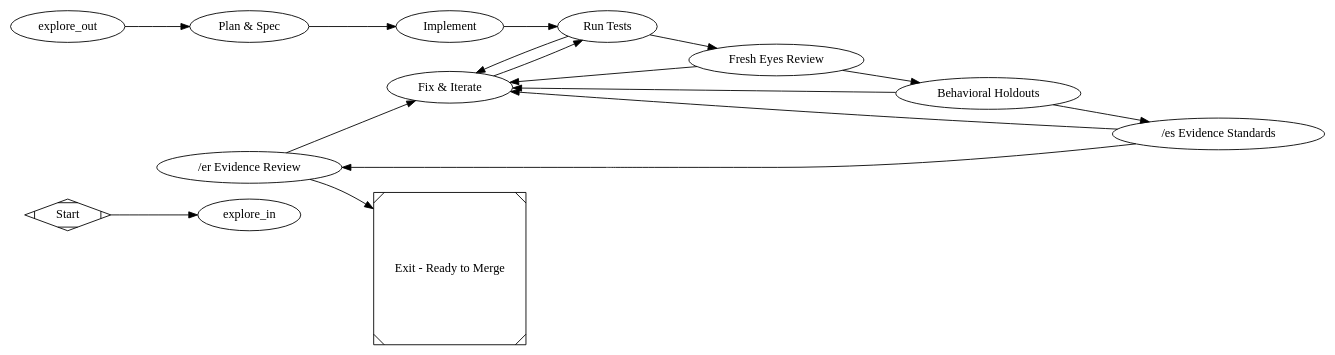
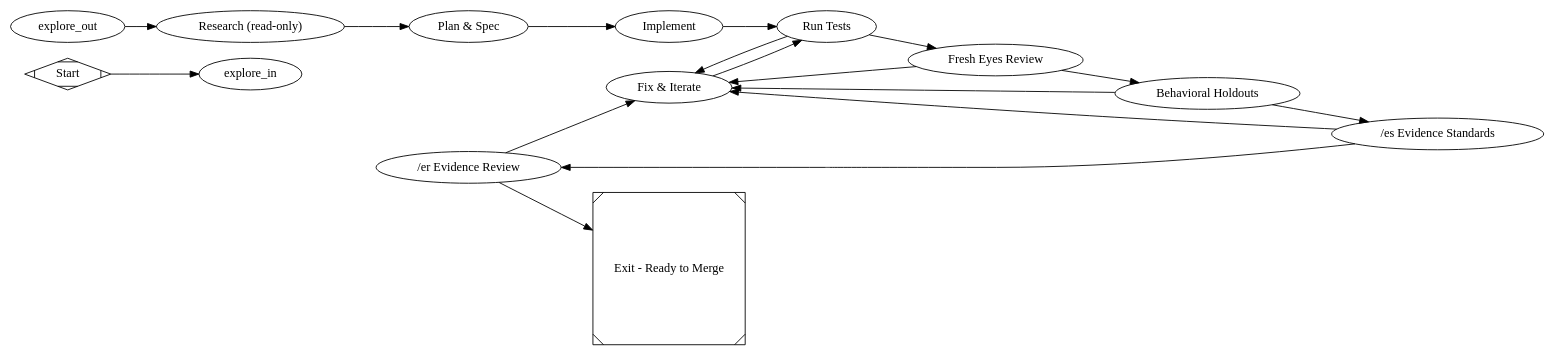
One commit to jleechanorg/dark-factory changed the diagram in pipelines/slim/minimal_pr.dot. Above: the diagram before and after it, drawn with Graphviz. The commit also changed 6 other files, not shown here.

```diff
--- a/pipelines/slim/minimal_pr.dot
+++ b/pipelines/slim/minimal_pr.dot
@@ -1,99 +1,109 @@
 digraph MinimalPRFactory {
   graph [
     include="@pipelines/_base.dot",
     goal="Iterate on an in-flight PR: passes tests, review, and evidence gates"
     rankdir=LR
     model_stylesheet="minimal_feature.model.css"
   ]
 
   start [shape=Mdiamond, label="Start"]
   exit  [shape=Msquare, label="Exit - Ready to Merge"]
 
   // _base.dot provides: explore_in, explore_fanout, explore_{concept,auth,
   // reuse,risks}, explore_join, explore_out.
+
+  // Research rides the coder backend (no class → run-level --backend),
+  // read-only: digests explore findings into .dark-factory/research-findings.md
+  // before the heavier plan model runs.
+  research [
+    type="codergen",
+    label="Research (read-only)",
+    prompt="@prompts/slim/research.md"
+  ]
 
   plan [
     type="codergen",
     label="Plan & Spec",
     class="plan",
     prompt="@prompts/slim/plan.md"
   ]
 
   implement [
     type="codergen",
     label="Implement",
     class="implement",
     prompt="@prompts/slim/implement.md",
     max_retries=2
   ]
 
   test [
     type="tool",
     label="Run Tests",
     command="${state.slim.test_command}",
     validation=true,
     goal_gate=true,
     timeout=600,
     retry_target="fix"
   ]
 
   review [
     type="codergen",
     label="Fresh Eyes Review",
     class="review",
     prompt="@prompts/slim/review.md",
     goal_gate=true,
     retry_target="fix"
   ]
 
   holdout [
     type="holdout_eval",
     label="Behavioral Holdouts",
     validation=true,
     goal_gate=true,
     timeout=600,
     retry_target="fix"
   ]
 
   gate_es [
     type="gate_es",
     label="/es Evidence Standards",
     timeout=600
   ]
 
   gate_er [
     type="gate_er",
     label="/er Evidence Review",
     timeout=600
   ]
 
   fix [
     type="codergen",
     label="Fix & Iterate",
     class="fix",
     prompt="@prompts/slim/fix.md",
     max_retries=2
   ]
 
   start -> explore_in
-  explore_out -> plan
+  explore_out -> research
+  research -> plan
   plan -> implement
   implement -> test
 
   test -> review [condition="outcome=success"]
   test -> fix [condition="outcome!=success"]
 
   review -> holdout [condition="outcome=success"]
   review -> fix [condition="outcome!=success"]
 
   holdout -> gate_es [condition="outcome=success"]
   holdout -> fix [condition="outcome!=success"]
 
   gate_es -> gate_er [condition="outcome=success"]
   gate_es -> fix [condition="outcome!=success"]
 
   gate_er -> exit [condition="outcome=success"]
   gate_er -> fix [condition="outcome!=success"]
 
   fix -> test
 }
```
